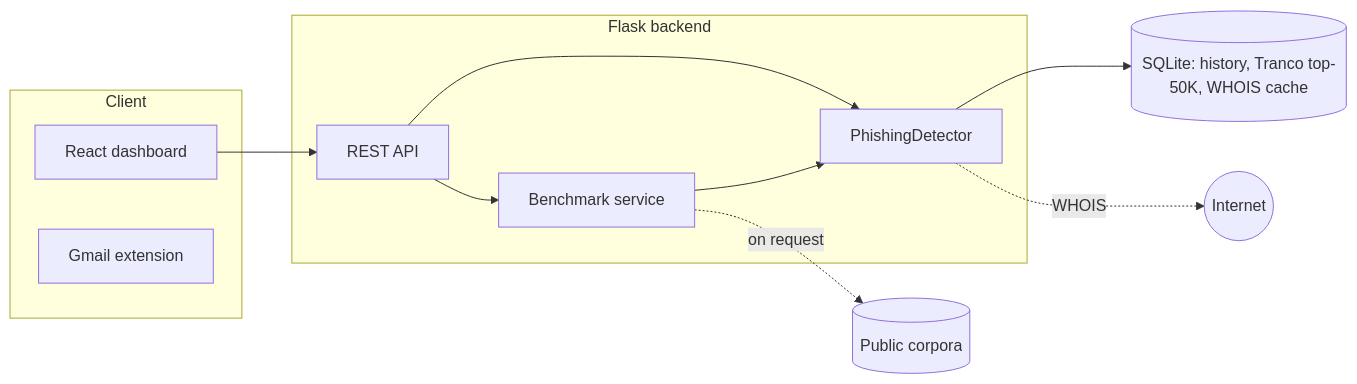
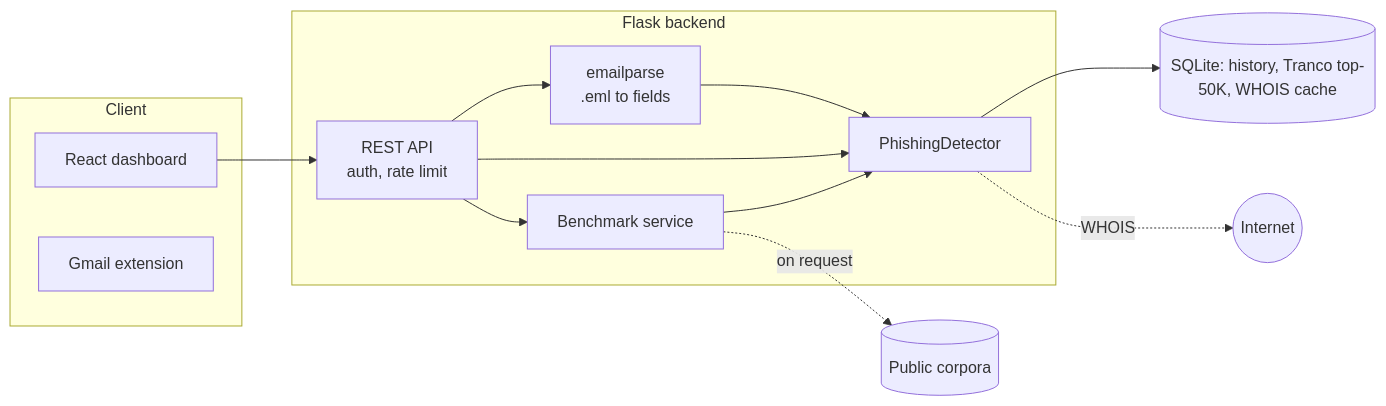
The diagram in README.md (pranavmirkar/phishing-detector), drawn with Mermaid before and after one commit. The commit also changed other lines of this file and 37 other files, not shown here.

````diff
--- a/README.md
+++ b/README.md
@@ -62,20 +65,21 @@
 ```mermaid
 flowchart LR
     subgraph Client
       UI[React dashboard]
       EXT[Gmail extension]
     end
     subgraph Backend [Flask backend]
-      API[REST API]
+      API[REST API<br/>auth, rate limit]
+      PARSE[emailparse<br/>.eml to fields]
       DET[PhishingDetector]
       BM[Benchmark service]
     end
     DB[(SQLite: history, Tranco top-50K, WHOIS cache)]
     UI --> API
+    API --> PARSE --> DET
     API --> DET
-    API --> BM
-    BM --> DET
+    API --> BM --> DET
     DET --> DB
     DET -.->|WHOIS| NET((Internet))
     BM -.->|on request| CORP[(Public corpora)]
 ```
````
